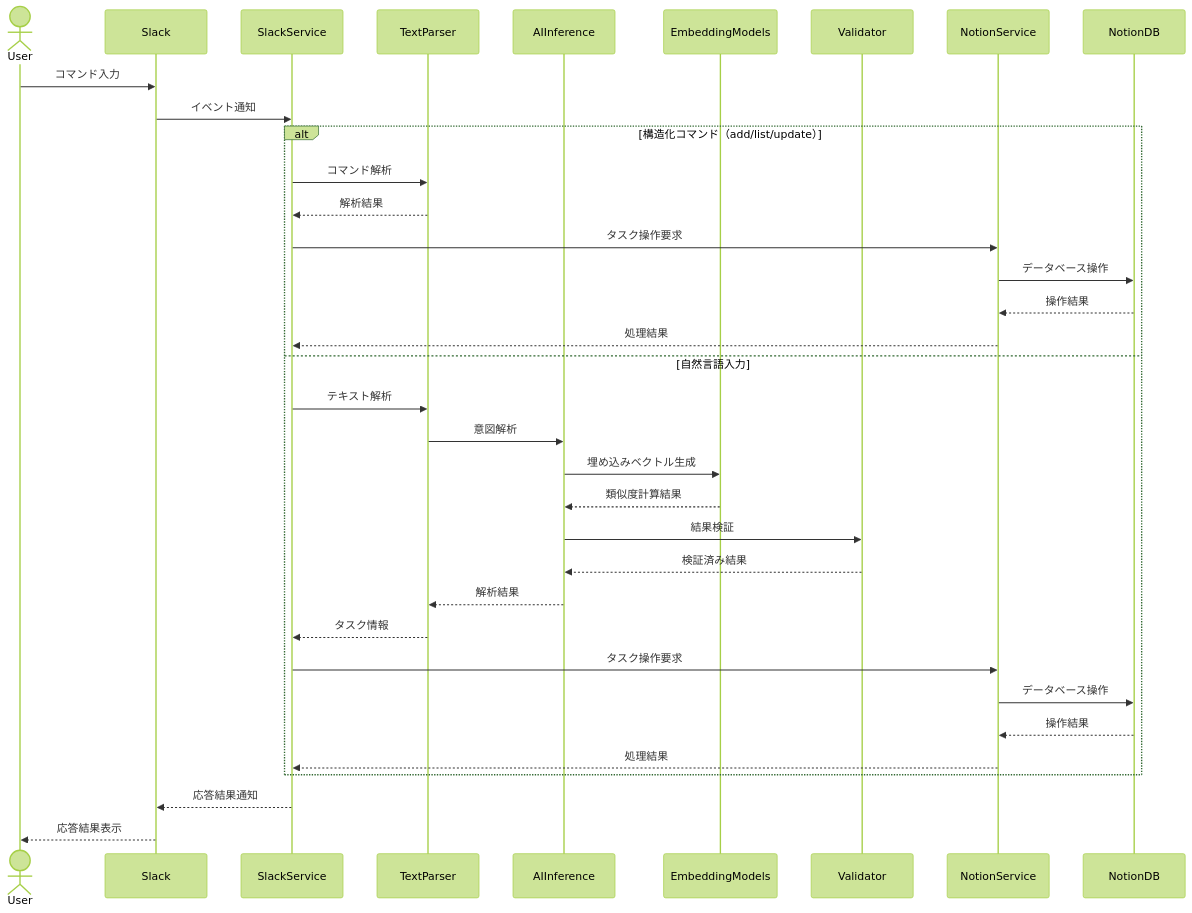
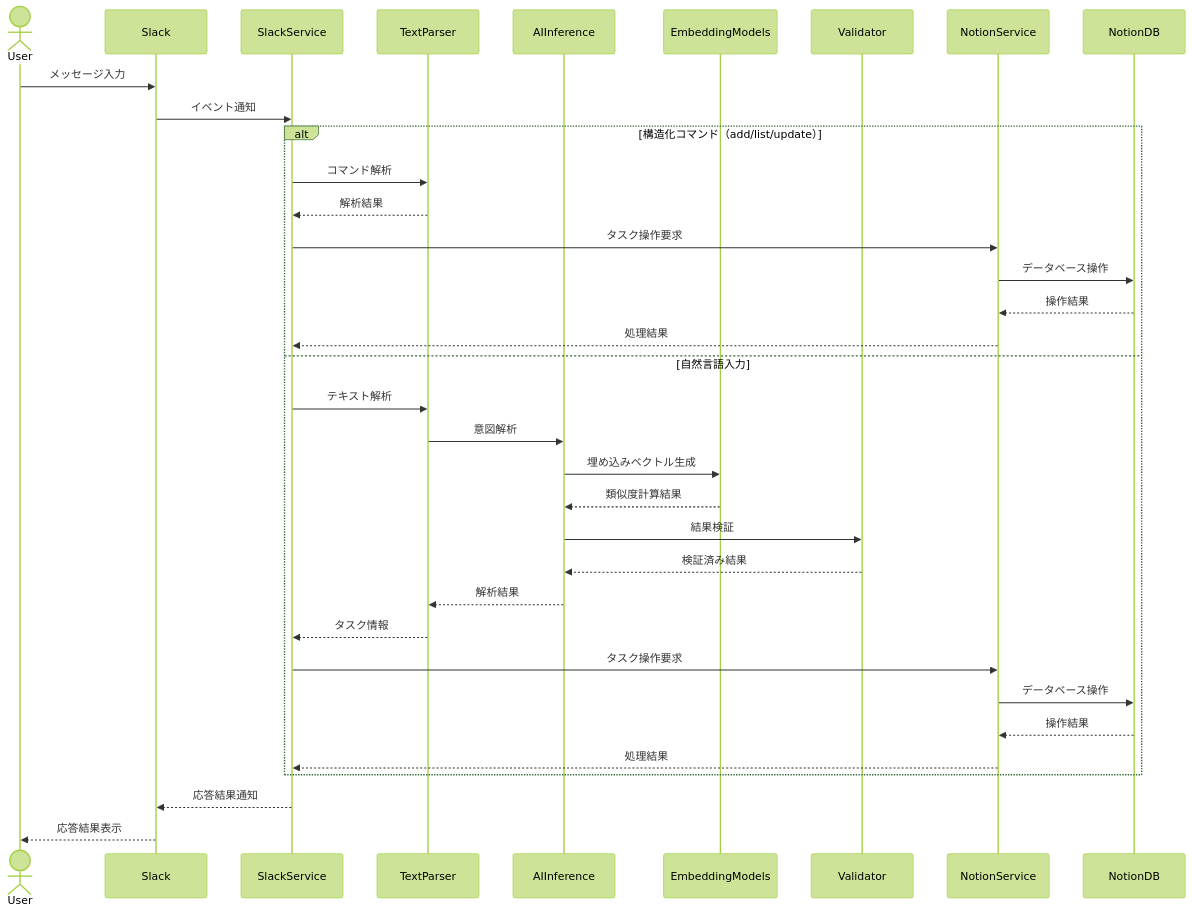
The third of 3 diagrams in docs/システム概要.md (YL08140921/Task-Manager-for-Slack-bot), drawn with Mermaid (forest theme) before and after one commit. The commit also changed other lines of this file, not shown here.

````diff
--- a/docs/システム概要.md
+++ b/docs/システム概要.md
@@ -176,40 +145,40 @@
 ```mermaid
 sequenceDiagram
     actor User
     participant Slack
     participant SS as SlackService
     participant TP as TextParser
     participant AI as AIInference
     participant EM as EmbeddingModels
     participant Val as Validator
     participant NS as NotionService
     participant Notion as NotionDB
 
-    User->>Slack: コマンド入力
+    User->>Slack: メッセージ入力
     Slack->>SS: イベント通知
 
     alt 構造化コマンド（add/list/update）
         SS->>TP: コマンド解析
         TP-->>SS: 解析結果
         SS->>NS: タスク操作要求
         NS->>Notion: データベース操作
         Notion-->>NS: 操作結果
         NS-->>SS: 処理結果
     else 自然言語入力
         SS->>TP: テキスト解析
         TP->>AI: 意図解析
         AI->>EM: 埋め込みベクトル生成
         EM-->>AI: 類似度計算結果
         AI->>Val: 結果検証
         Val-->>AI: 検証済み結果
         AI-->>TP: 解析結果
         TP-->>SS: タスク情報
         SS->>NS: タスク操作要求
         NS->>Notion: データベース操作
         Notion-->>NS: 操作結果
         NS-->>SS: 処理結果
     end
 
     SS-->>Slack: 応答結果通知
     Slack-->>User: 応答結果表示
 ```
````
